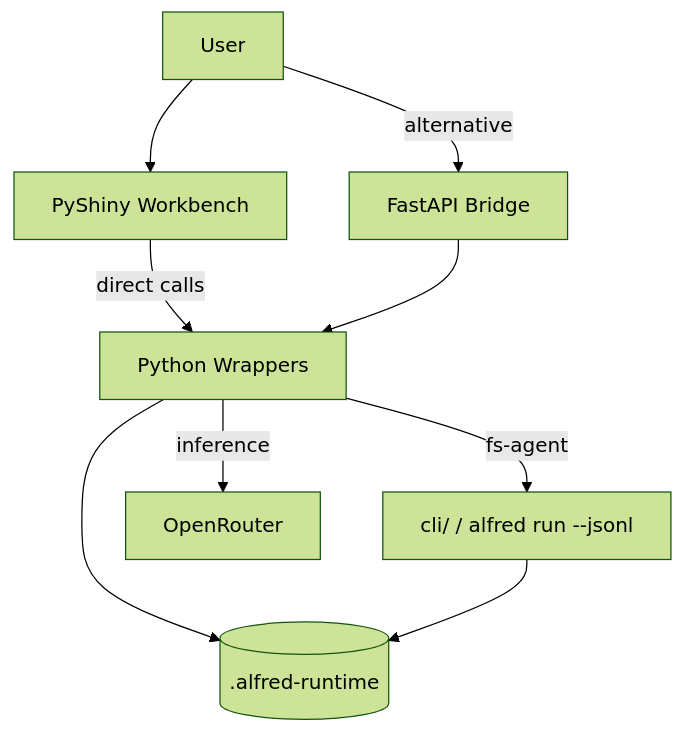
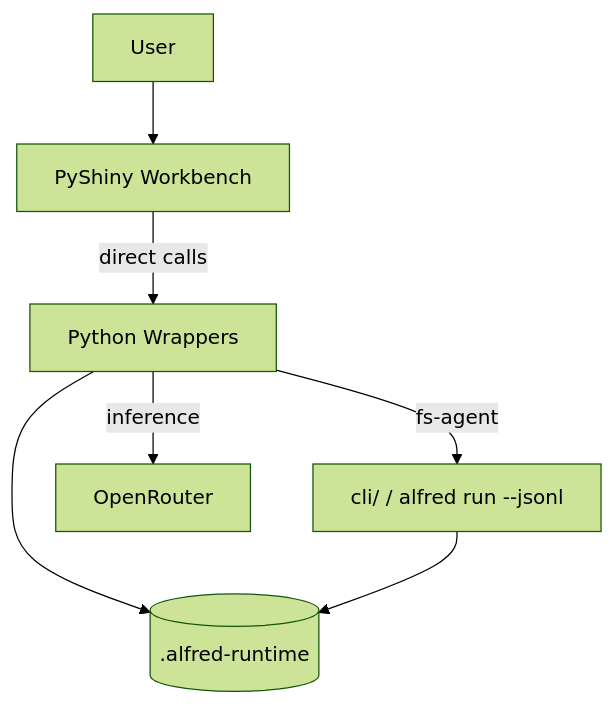
One commit to AIByJohannes/alfred changed the first of 2 diagrams in docs/architecture.md. Above: the diagram before and after it, drawn with Mermaid (forest theme). The commit also changed other lines of this file and 13 other files, not shown here.

````diff
--- a/docs/architecture.md
+++ b/docs/architecture.md
@@ -17,19 +16,16 @@
 ```mermaid
 graph TD
     User[User]
     UI[PyShiny Workbench]
     PY[Python Wrappers]
     CLI[cli/ / alfred run --jsonl]
     FS[(.alfred-runtime)]
     LLM[OpenRouter]
-    API[FastAPI Bridge]
 
     User --> UI
     UI -->|direct calls| PY
     PY -->|inference| LLM
     PY -->|fs-agent| CLI
     PY --> FS
     CLI --> FS
-    User -->|alternative| API
-    API --> PY
 ```
````
